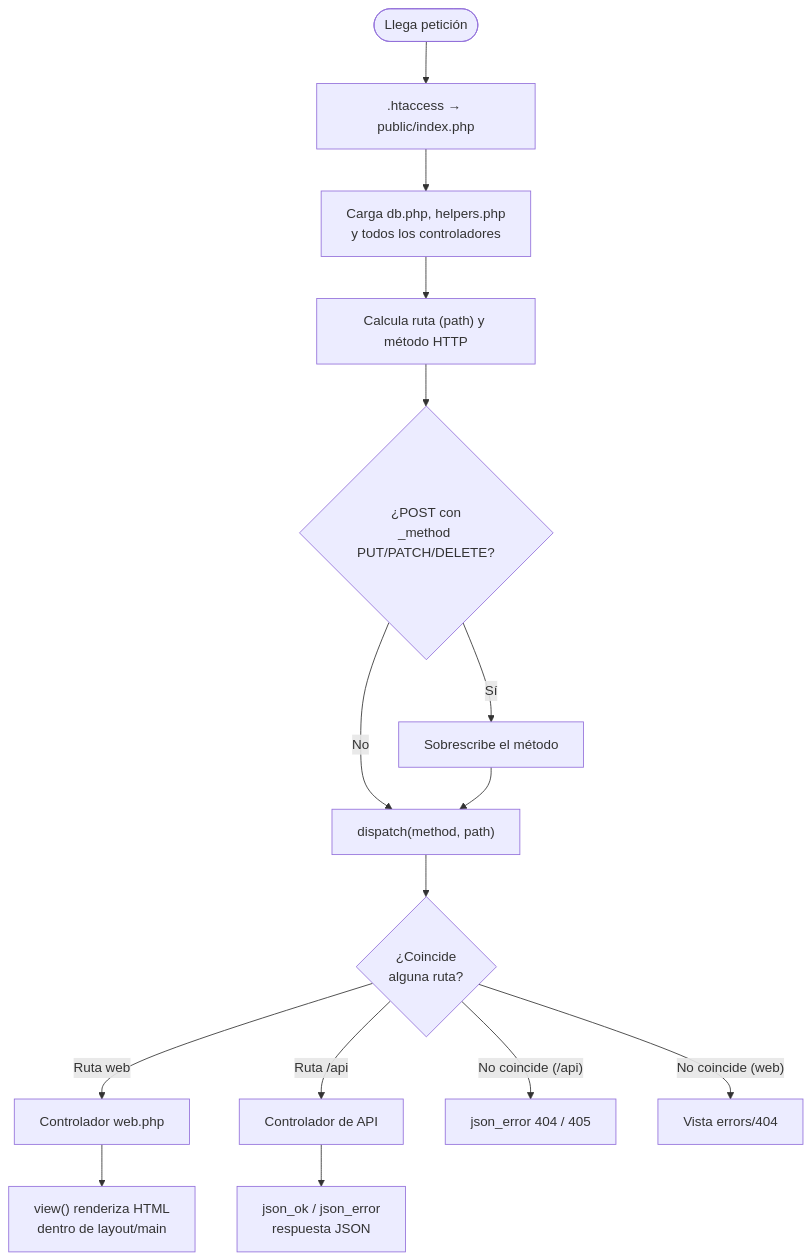
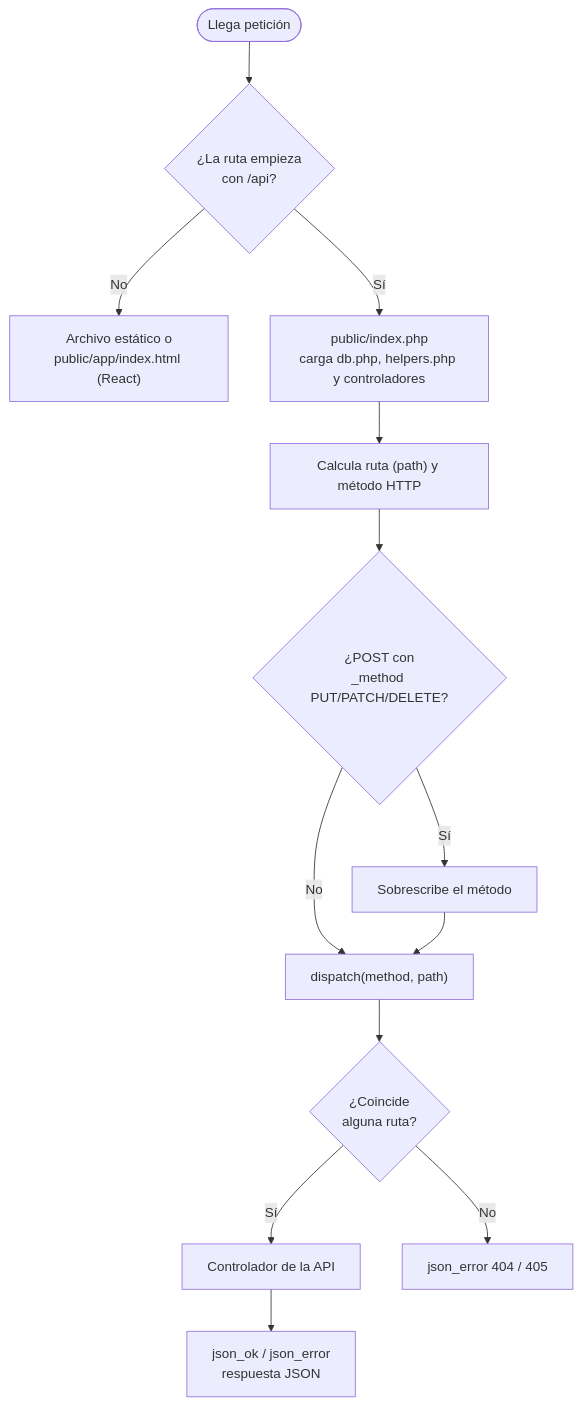
One commit to david69-js/tarea-seguridad-auditoria changed the second of 4 diagrams in docs/DIAGRAMA_FLUJO.md. Above: the diagram before and after it, drawn with Mermaid. The commit also changed other lines of this file and 41 other files, not shown here.

First line of the commit message:
Refactor POS and sales flow: remove invoice generation, update client handling, and adjust reports

````diff
--- a/docs/DIAGRAMA_FLUJO.md
+++ b/docs/DIAGRAMA_FLUJO.md
@@ -68,19 +65,15 @@
 ```mermaid
 flowchart TD
-    A([Llega petición]) --> B[".htaccess → public/index.php"]
-    B --> C["Carga db.php, helpers.php<br/>y todos los controladores"]
+    A([Llega petición]) --> B{"¿La ruta empieza<br/>con /api?"}
+    B -->|No| S["Archivo estático o<br/>public/app/index.html (React)"]
+    B -->|Sí| C["public/index.php<br/>carga db.php, helpers.php y controladores"]
     C --> D["Calcula ruta (path) y método HTTP"]
     D --> E{"¿POST con<br/>_method PUT/PATCH/DELETE?"}
     E -->|Sí| F["Sobrescribe el método"]
     E -->|No| G
     F --> G["dispatch(method, path)"]
     G --> H{"¿Coincide<br/>alguna ruta?"}
-
-    H -->|"Ruta web"| I["Controlador web.php"]
-    H -->|"Ruta /api"| J["Controlador de API"]
-    H -->|"No coincide (/api)"| K["json_error 404 / 405"]
-    H -->|"No coincide (web)"| L["Vista errors/404"]
-
-    I --> M["view() renderiza HTML<br/>dentro de layout/main"]
+    H -->|Sí| J["Controlador de la API"]
+    H -->|No| K["json_error 404 / 405"]
     J --> N["json_ok / json_error<br/>respuesta JSON"]
 ```
````
